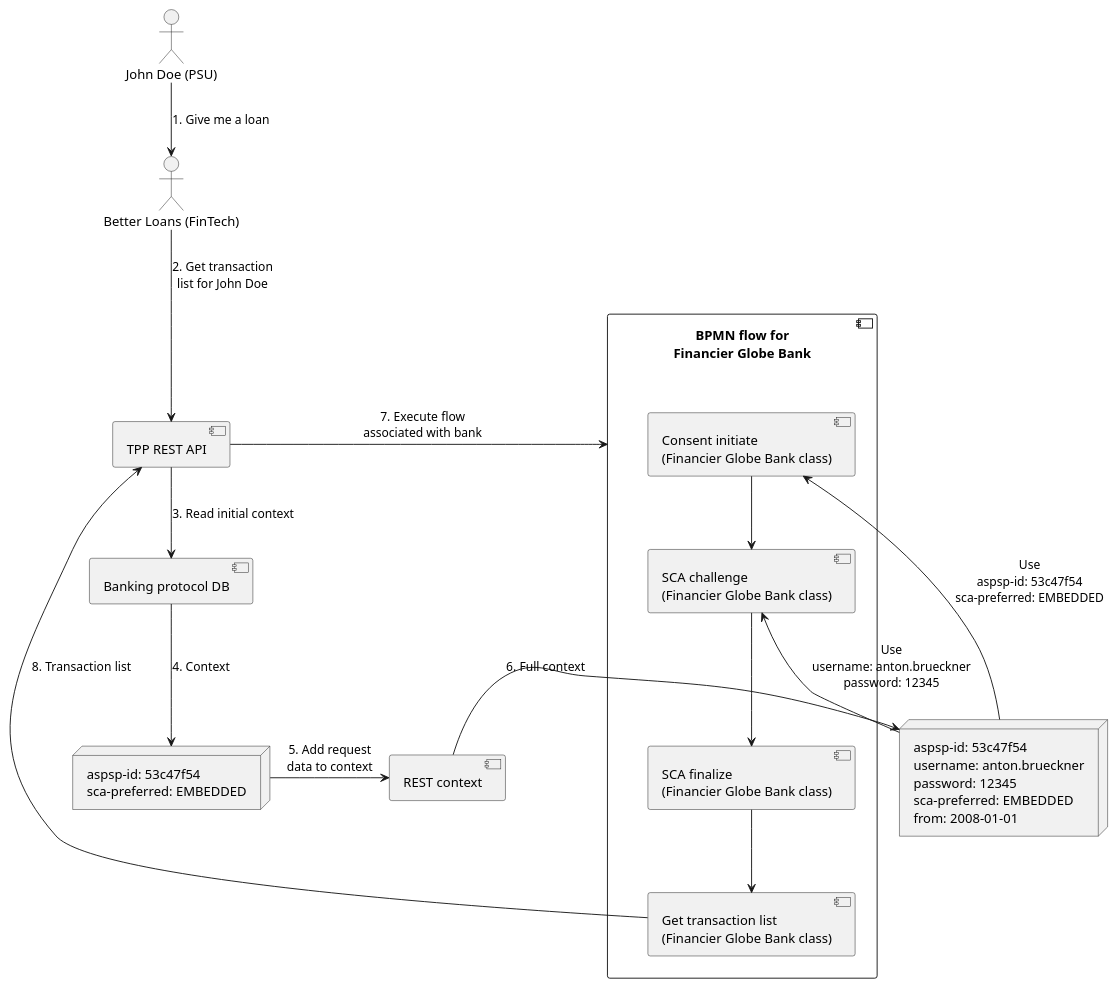
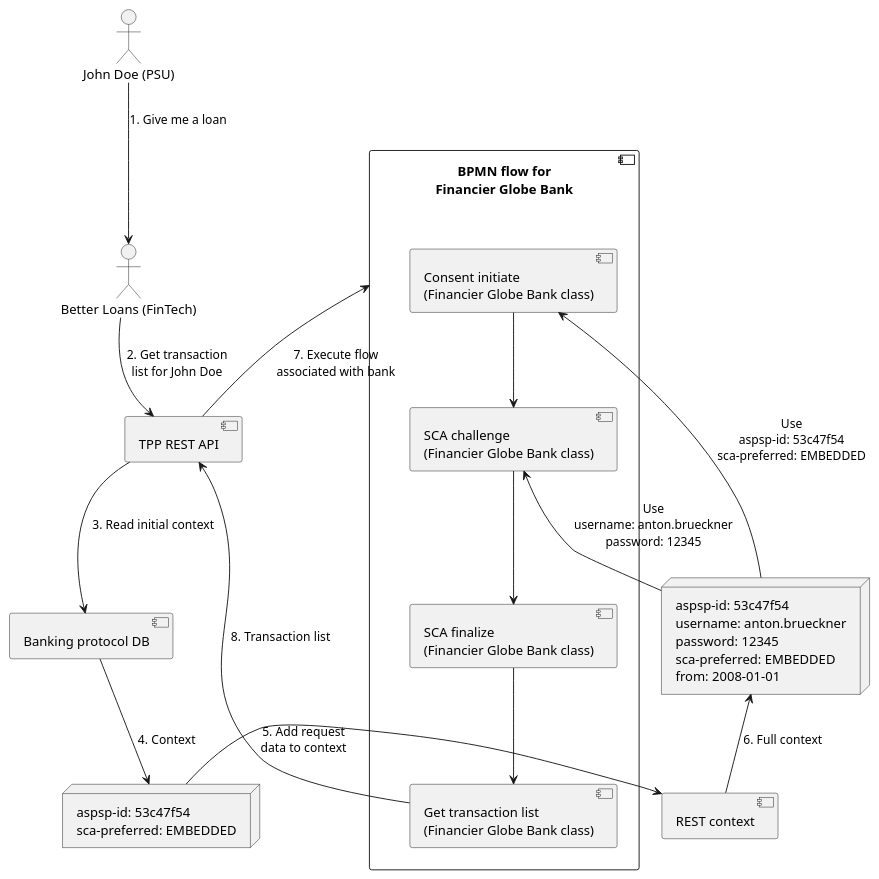
Before and after one commit to adorsys/open-banking-gateway: the diagram in core/architecture/parameter_flow.puml, drawn with PlantUML. The commit also changed 1 other file, not shown here.

Commit message:
Added parameter flow diagram

```diff
--- a/core/architecture/parameter_flow.puml
+++ b/core/architecture/parameter_flow.puml
@@ -1,45 +1,45 @@
 @startuml
 
 actor "Better Loans (FinTech)" as FinTech
 actor "John Doe (PSU)" as PSU
 
 component "TPP REST API" as api
 component "REST context" as restContext
 
 component "Banking protocol DB" as db
 
 node initialContext  [
     aspsp-id: 53c47f54
     sca-preferred: EMBEDDED
 ]
 
 node requestContext [
     aspsp-id: 53c47f54
     username: anton.brueckner
     password: 12345
     sca-preferred: EMBEDDED
     from: 2008-01-01
 ]
 
 component "BPMN flow for\nFinancier Globe Bank" as bpmn {
     component "Consent initiate\n(Financier Globe Bank class)" as initiate
     component "SCA challenge\n(Financier Globe Bank class)" as challenge
     component "SCA finalize\n(Financier Globe Bank class)" as finalize
     component "Get transaction list\n(Financier Globe Bank class)" as txList
 
     initiate -down-> challenge
     challenge -down-> finalize
     finalize -down-> txList
 }
 
 PSU -down-> FinTech : 1. Give me a loan
 FinTech -down-> api : 2. Get transaction\nlist for John Doe
 api -down-> db : 3. Read initial context
 db -down-> initialContext : 4. Context
 initialContext -right-> restContext : 5. Add request\ndata to context
-restContext -right-> requestContext : 6. Full context
+restContext -up-> requestContext : 6. Full context
 api -down-> bpmn : 7. Execute flow\nassociated with bank
 initiate <-- requestContext : Use\naspsp-id: 53c47f54\nsca-preferred: EMBEDDED
 challenge <-- requestContext : Use\nusername: anton.brueckner\npassword: 12345
 txList --> api : 8. Transaction list
 @enduml
```
